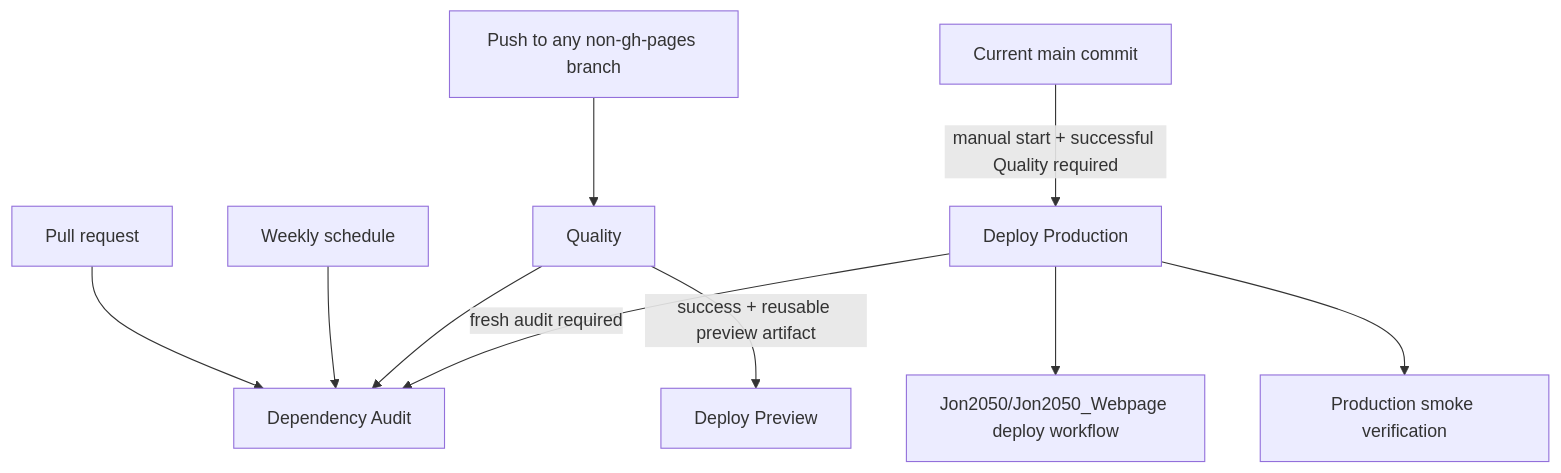
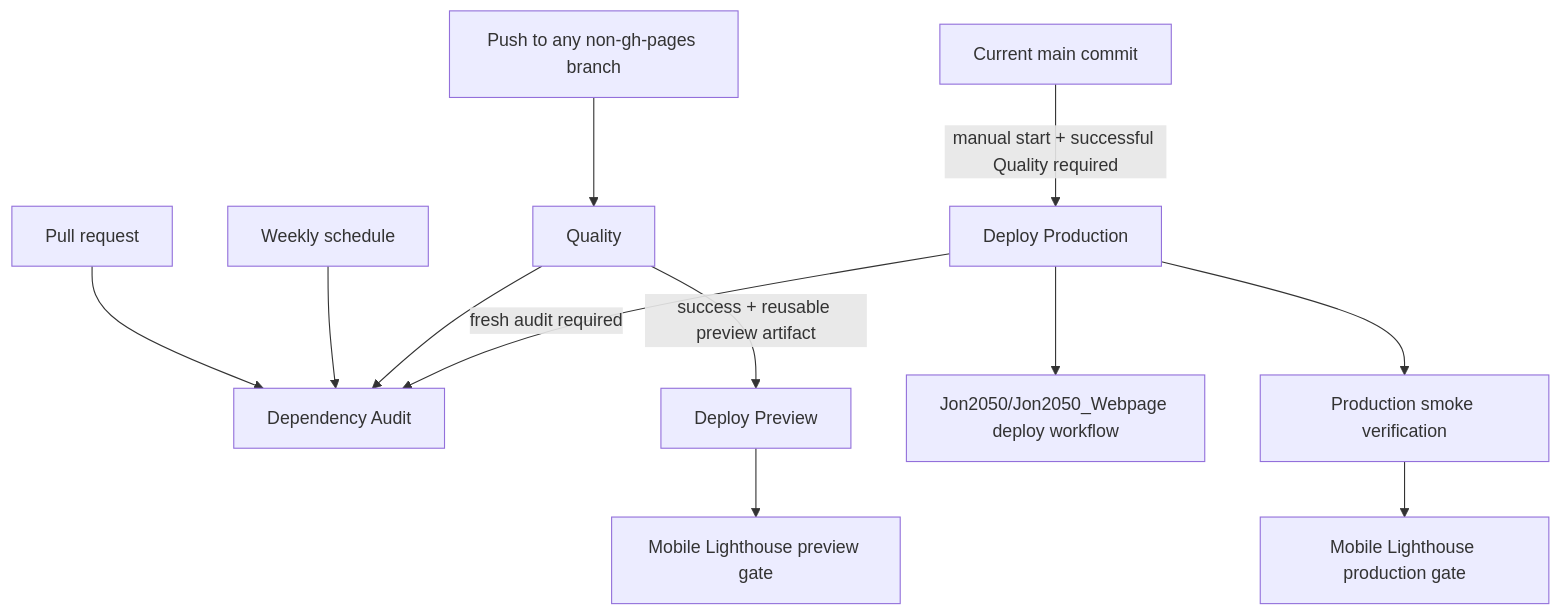
One commit to Jon2050/Conspectus-Mobile changed the diagram in docs/CI-CD-Pipelines.md. Above: the diagram before and after it, drawn with Mermaid. The commit also changed other lines of this file and 11 other files, not shown here.

````diff
--- a/docs/CI-CD-Pipelines.md
+++ b/docs/CI-CD-Pipelines.md
@@ -14,12 +14,14 @@
 ```mermaid
 flowchart TD
   Push[Push to any non-gh-pages branch] --> Quality[Quality]
   PR[Pull request] --> Audit[Dependency Audit]
   Schedule[Weekly schedule] --> Audit
   Quality --> Audit
   Quality -->|success + reusable preview artifact| Preview[Deploy Preview]
+  Preview --> PreviewLighthouse[Mobile Lighthouse preview gate]
   Main[Current main commit] -->|manual start + successful Quality required| Production[Deploy Production]
   Production -->|fresh audit required| Audit
   Production --> Website[Jon2050/Jon2050_Webpage deploy workflow]
   Production --> Smoke[Production smoke verification]
+  Smoke --> ProductionLighthouse[Mobile Lighthouse production gate]
 ```
````
